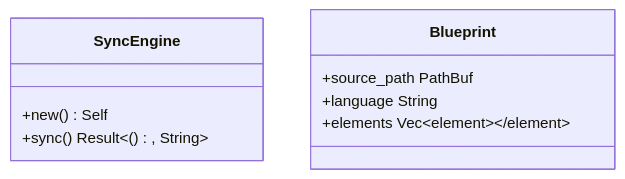
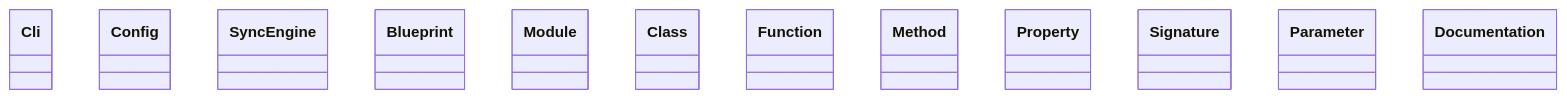
The diagram in docs/src.md (carlosferreyra/codetwin), drawn with Mermaid before and after one commit. The commit also changed other lines of this file and 3 other files, not shown here.

````diff
--- a/docs/src.md
+++ b/docs/src.md
@@ -14,14 +16,31 @@
 ```mermaid
 classDiagram
+    %% File: src/cli.rs
+    class Cli {
+    }
+    %% File: src/config.rs
+    class Config {
+    }
     %% File: src/engine.rs
     class SyncEngine {
-        +new() Self
-        +sync() Result<(), String>
     }
     %% File: src/ir.rs
     class Blueprint {
-        +source_path PathBuf
-        +language String
-        +elements Vec<Element>
+    }
+    class Module {
+    }
+    class Class {
+    }
+    class Function {
+    }
+    class Method {
+    }
+    class Property {
+    }
+    class Signature {
+    }
+    class Parameter {
+    }
+    class Documentation {
     }
 ```
````
